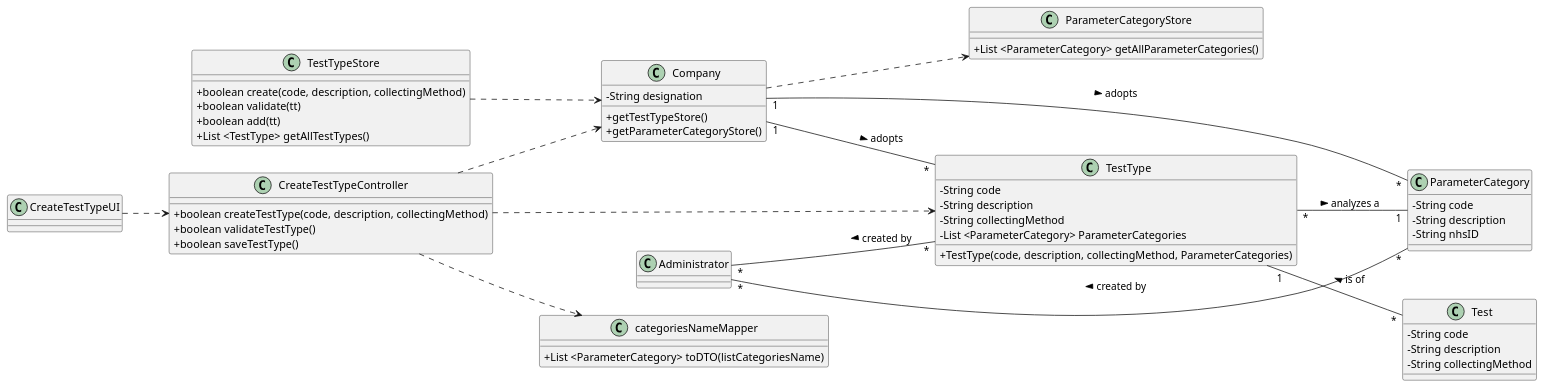
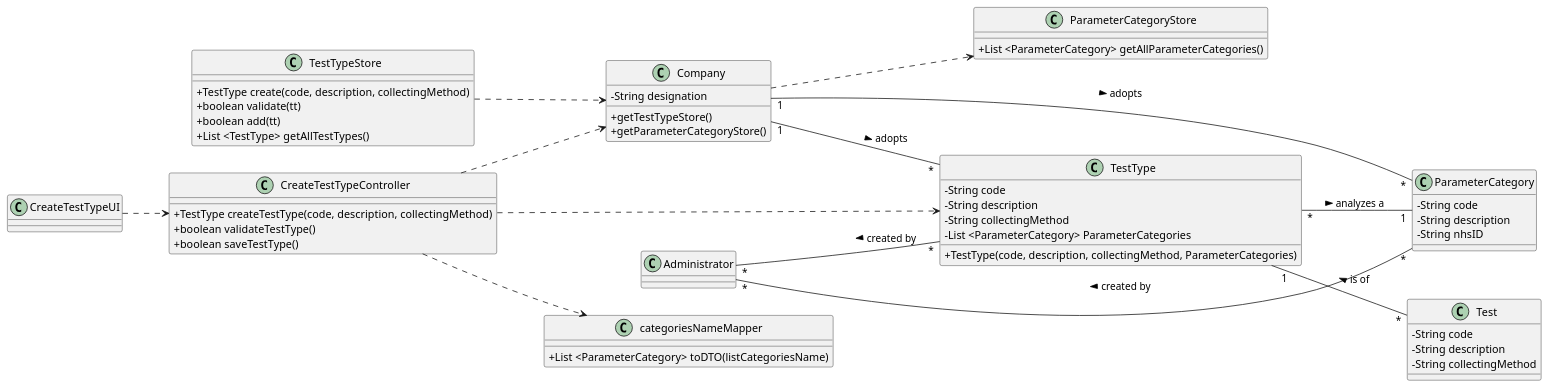
One commit to 0franciscor/lei-21-s2-1de-g19 changed the diagram in docs/SprintB/US09/US09-CD.puml. Above: the diagram before and after it, drawn with PlantUML. The commit also changed 2 other files, not shown here.

Commit message:
Update no CD diagram na US9

```diff
--- a/docs/SprintB/US09/US09-CD.puml
+++ b/docs/SprintB/US09/US09-CD.puml
@@ -1,79 +1,79 @@
 @startuml
 skinparam classAttributeIconSize 0
 left to right direction
 
 class "Company" as C {
 -String designation
 +getTestTypeStore()
 +getParameterCategoryStore()
 }
 
 class "categoriesNameMapper" as cNM {
 +List <ParameterCategory> toDTO(listCategoriesName)
 }
 
 class "TestTypeStore" as TTS{
-+boolean create(code, description, collectingMethod)
++TestType create(code, description, collectingMethod)
 +boolean validate(tt)
 +boolean add(tt)
 +List <TestType> getAllTestTypes()
 }
 
 class "ParameterCategoryStore" as PCS{
 +List <ParameterCategory> getAllParameterCategories()
 }
 
 class "TestType" as TT {
 -String code
 -String description
 -String collectingMethod
 -List <ParameterCategory> ParameterCategories
 +TestType(code, description, collectingMethod, ParameterCategories)
 }
 
 class "CreateTestTypeController" as CTTC {
-+boolean createTestType(code, description, collectingMethod)
++TestType createTestType(code, description, collectingMethod)
 +boolean validateTestType()
 +boolean saveTestType()
 }
 
 class "Test" as T{
 -String code
 -String description
 -String collectingMethod
 }
 
 class "ParameterCategory" as PC{
 -String code
 -String description
 -String nhsID
 }
 
 class "CreateTestTypeUI" as CTTUI
 class "TestType" as TT
 class "CreateTestTypeController" as CTTC
 class "Administrator" as admin
 
 CTTUI ..> CTTC
 
 C ..> PCS
 
 TTS ..> C
 
 CTTC ..> TT
 CTTC ..> C
 CTTC ..> cNM
 
 
 TT "1" -- "*" T: < is of
 TT "*" -- "1" PC : > analyzes a
 
 C "1" -- "*" TT : > adopts
 C "1" -- "*" PC : > adopts
 
 admin "*" -- "*" PC : < created by
 
 admin "*" -- "*" TT : < created by
 
 
 @enduml
```
